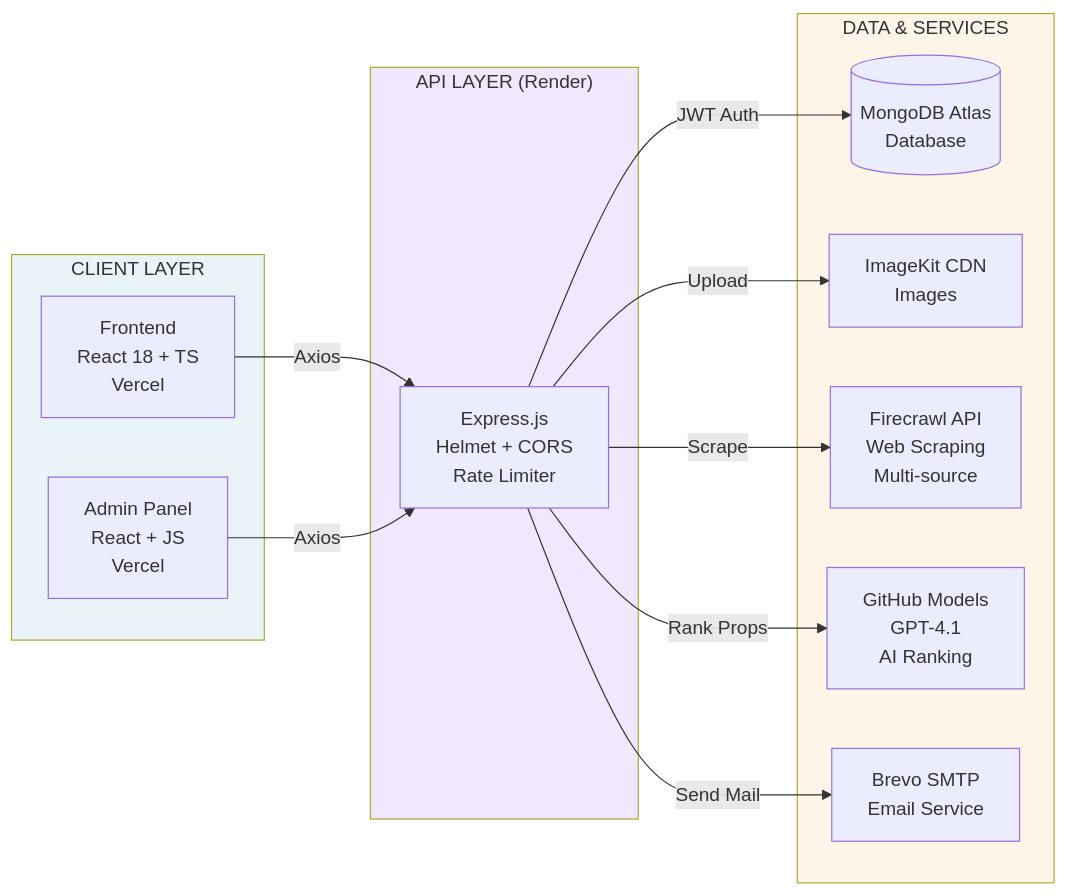
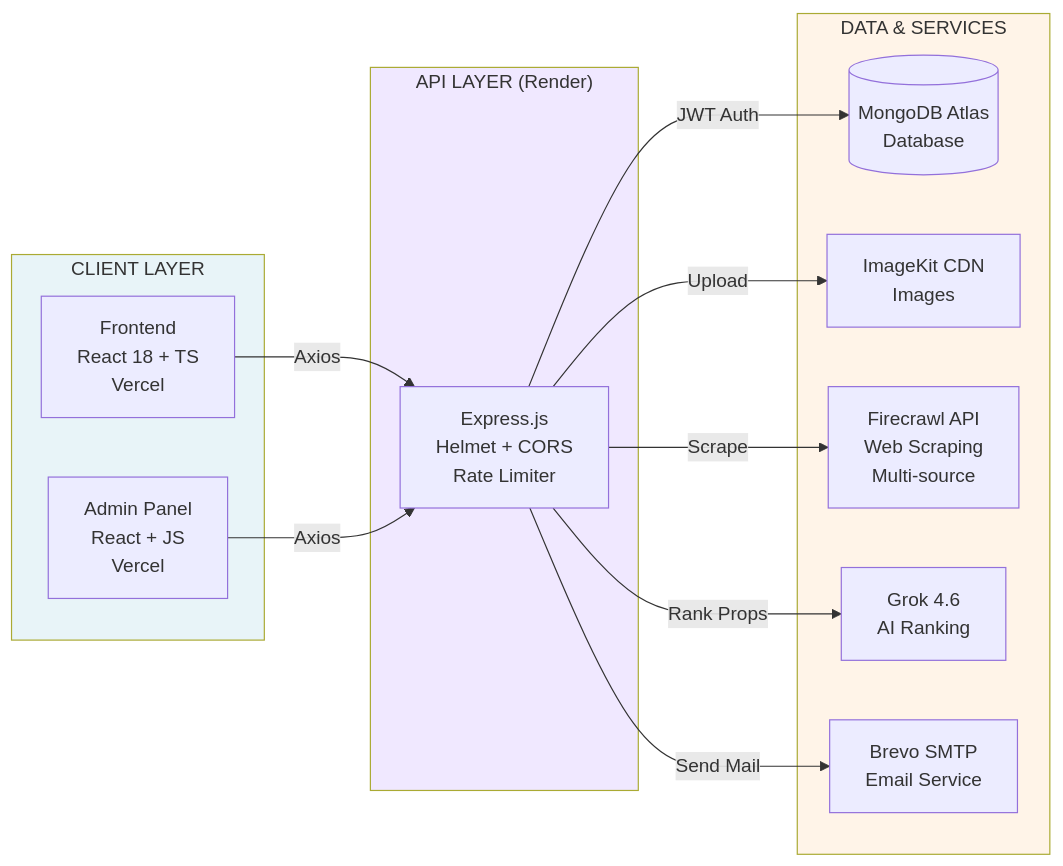
The second of 2 diagrams in README.md (Soundcreates/blocksherpa-assignment), drawn with Mermaid before and after one commit. The commit also changed other lines of this file and 13 other files, not shown here.

````diff
--- a/README.md
+++ b/README.md
@@ -61,31 +61,31 @@
 ```mermaid
 flowchart LR
     subgraph Client["CLIENT LAYER"]
         FE["Frontend<br/>React 18 + TS<br/>Vercel"]
       AD["Admin Panel<br/>React + JS<br/>Vercel"]
     end
     
     subgraph API["API LAYER (Render)"]
         BE["Express.js<br/>Helmet + CORS<br/>Rate Limiter"]
     end
     
     subgraph Data["DATA & SERVICES"]
         DB[("MongoDB Atlas<br/>Database")]
         IK["ImageKit CDN<br/>Images"]
         FC["Firecrawl API<br/>Web Scraping<br/>Multi-source"]
-        AI["GitHub Models<br/>GPT-4.1<br/>AI Ranking"]
+        AI["Grok 4.6<br/>AI Ranking"]
         EMAIL["Brevo SMTP<br/>Email Service"]
     end
     
     FE -->|Axios| BE
     AD -->|Axios| BE
     BE -->|JWT Auth| DB
     BE -->|Upload| IK
     BE -->|Scrape| FC
     BE -->|Rank Props| AI
     BE -->|Send Mail| EMAIL
     
     style Client fill:#E8F4F8
     style API fill:#F0E8FF
     style Data fill:#FFF4E8
 ```
````
